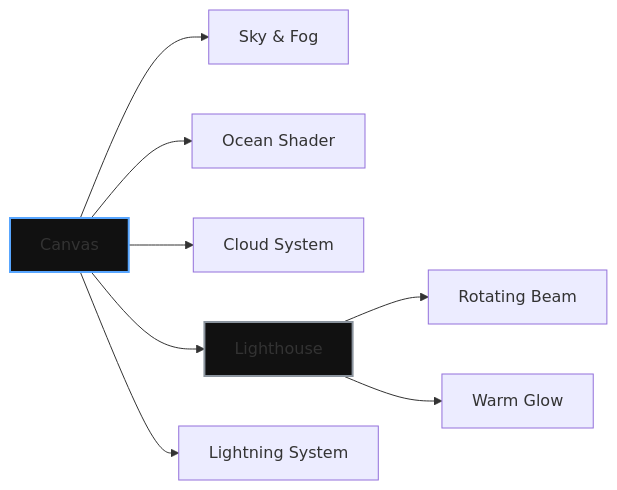
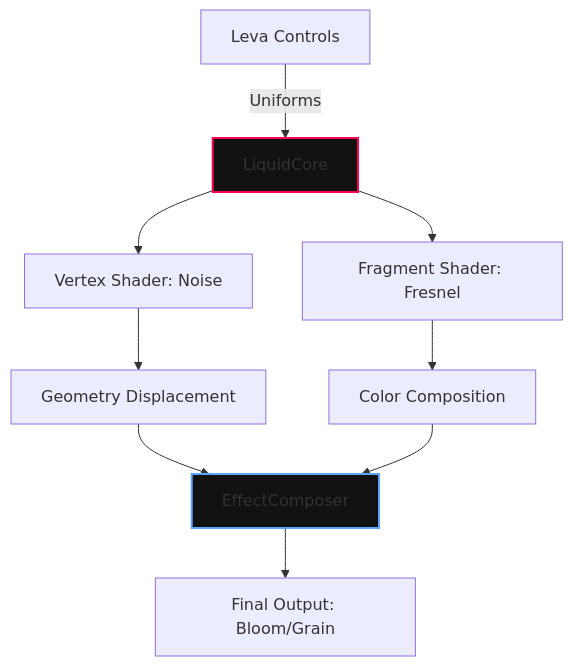
Before and after one commit to sujitkoji/lighthouse: the diagram in README.md, drawn with Mermaid. The commit also changed other lines of this file, not shown here.

Commit message:
Replace LightHouse project with Liquid Void project

````diff
--- a/README.md
+++ b/README.md
@@ -98,12 +99,12 @@
 ```mermaid
-graph LR
-    A[Canvas] --> B[Sky & Fog]
-    A --> C[Ocean Shader]
-    A --> D[Cloud System]
-    A --> E[Lighthouse]
-    E --> F[Rotating Beam]
-    E --> G[Warm Glow]
-    A --> H[Lightning System]
-    style A fill:#111,stroke:#58a6ff,stroke-width:2px
-    style E fill:#111,stroke:#8b949e,stroke-width:2px
+graph TD
+    A[Leva Controls] -->|Uniforms| B[LiquidCore]
+    B --> C[Vertex Shader: Noise]
+    B --> D[Fragment Shader: Fresnel]
+    C --> E[Geometry Displacement]
+    D --> F[Color Composition]
+    E & F --> G[EffectComposer]
+    G --> H[Final Output: Bloom/Grain]
+    style B fill:#111,stroke:#FF0055,stroke-width:2px
+    style G fill:#111,stroke:#58a6ff,stroke-width:2px
 ```
````
